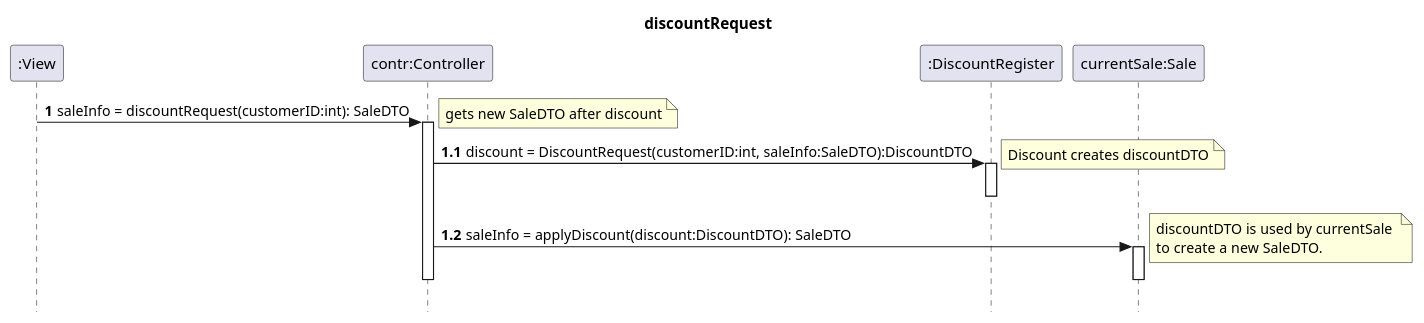
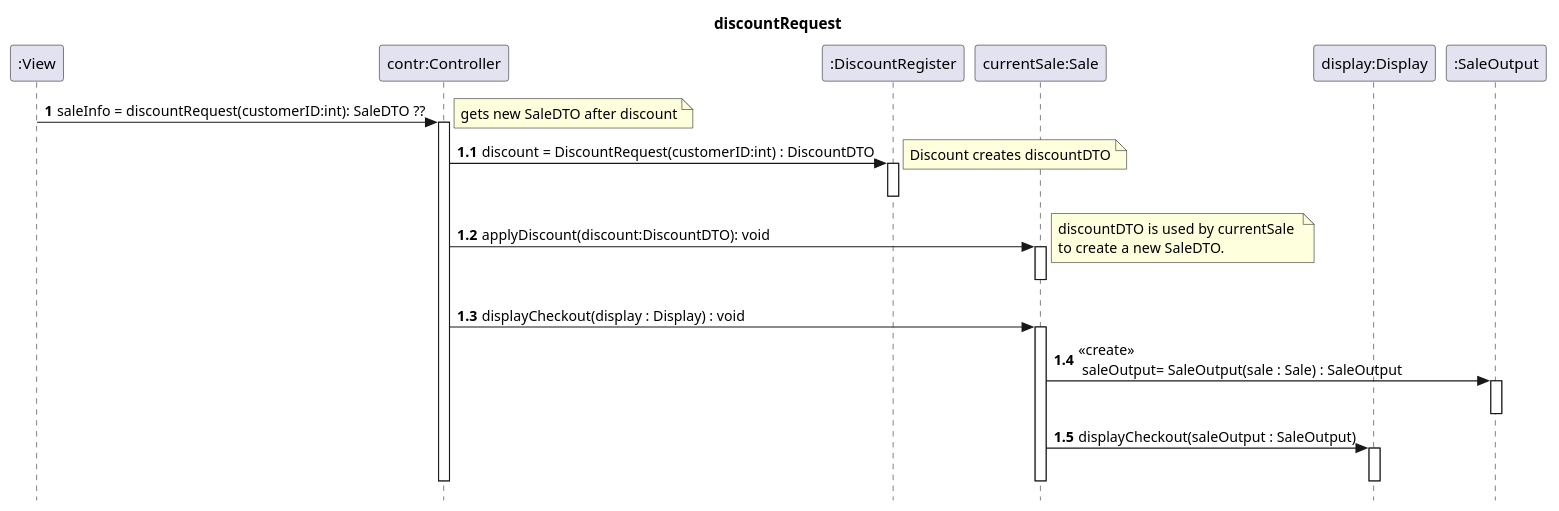
The seventh of 8 diagrams in uml/uml_v3.puml (VincentFerrigan/kth-iv1350-object-oriented-design), drawn with PlantUML before and after one commit. The commit also changed other lines of this file, not shown here.

Commit message:
Updating uml. Not fully updated yet. What to do with SaleDTO? TODO: package privates and end of sale.

```diff
--- a/uml/uml_v3.puml
+++ b/uml/uml_v3.puml
@@ -442,28 +498,40 @@
 @startuml
 skinparam style strictuml
 title discountRequest
 
 participant ":View" as View
 participant "contr:Controller" as contr
 participant ":DiscountRegister" as DiscountRegister
 participant "currentSale:Sale" as currentSale
+participant "display:Display" as display
+participant ":SaleOutput" as SaleOutput
 
 autonumber 1
-View -> contr : saleInfo = discountRequest(customerID:int): SaleDTO
+View -> contr : saleInfo = discountRequest(customerID:int): SaleDTO ??
 activate contr
 note right : gets new SaleDTO after discount
 autonumber 1.1
 'create DiscountRegister
-contr -> DiscountRegister : discount = DiscountRequest(customerID:int, saleInfo:SaleDTO):DiscountDTO
+contr -> DiscountRegister : discount = DiscountRequest(customerID:int) : DiscountDTO
 activate DiscountRegister
 deactivate DiscountRegister
 note right: Discount creates discountDTO
 autonumber 1.2
-contr -> currentSale : saleInfo = applyDiscount(discount:DiscountDTO): SaleDTO
+contr -> currentSale : applyDiscount(discount:DiscountDTO): void
 activate currentSale
 deactivate currentSale
+note right: discountDTO is used by currentSale \nto create a new SaleDTO.
+        autonumber 1.3
+        contr -> currentSale : displayCheckout(display : Display) : void
+        activate currentSale
+        currentSale -> SaleOutput : <<create>> \n saleOutput= SaleOutput(sale : Sale) : SaleOutput
+        activate SaleOutput
+        deactivate SaleOutput
+        currentSale -> display : displayCheckout(saleOutput : SaleOutput)
+        activate display
+        deactivate display
+        deactivate currentSale
 deactivate contr
-note right: discountDTO is used by currentSale \nto create a new SaleDTO.
 
 autonumber stop
 @enduml
```
